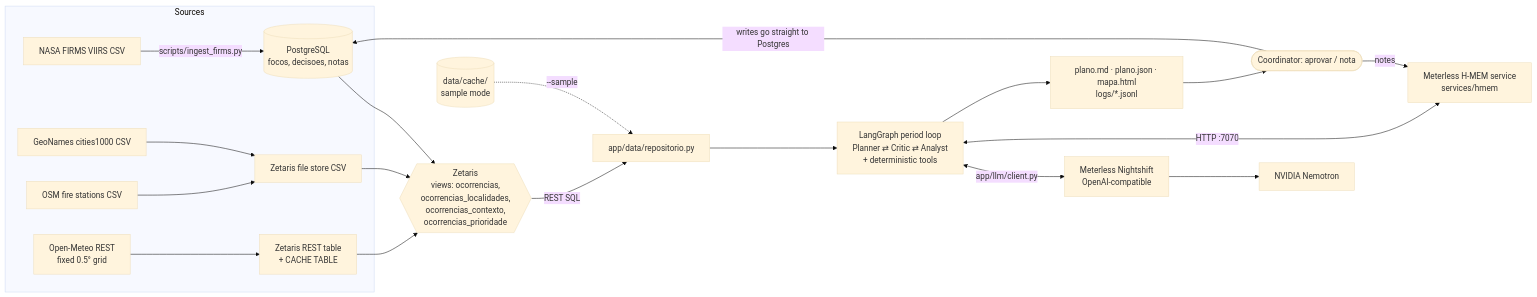
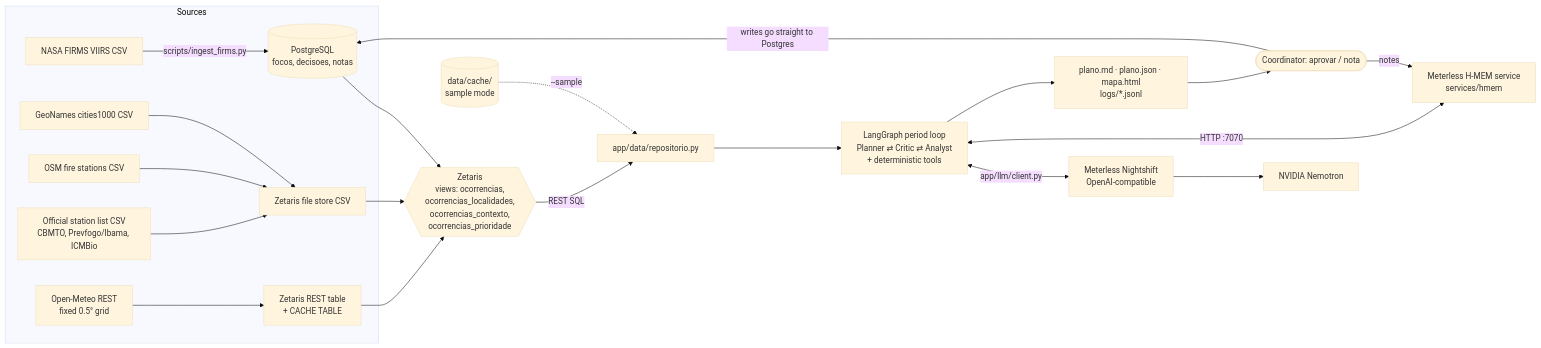
One commit to ufsm-ecomp-genai/fococerto changed the first of 2 diagrams in README.md. Above: the diagram before and after it, drawn with Mermaid (base theme). The commit also changed other lines of this file and 6 other files, not shown here.

````diff
--- a/README.md
+++ b/README.md
@@ -44,21 +45,22 @@
 ```mermaid
 flowchart LR
   subgraph Sources
     FIRMS[NASA FIRMS VIIRS CSV] -->|scripts/ingest_firms.py| PG[(PostgreSQL<br/>focos, decisoes, notas)]
     GEO[GeoNames cities1000 CSV] --> FS[Zetaris file store CSV]
     OSM[OSM fire stations CSV] --> FS
+    OFI[Official station list CSV<br/>CBMTO, Prevfogo/Ibama, ICMBio] --> FS
     OM[Open-Meteo REST<br/>fixed 0.5° grid] --> REST[Zetaris REST table<br/>+ CACHE TABLE]
   end
   PG --> Z{{Zetaris<br/>views: ocorrencias,<br/>ocorrencias_localidades,<br/>ocorrencias_contexto,<br/>ocorrencias_prioridade}}
   FS --> Z
   REST --> Z
   Z -->|REST SQL| REPO[app/data/repositorio.py]
   CACHE[(data/cache/<br/>sample mode)] -.->|--sample| REPO
   REPO --> GRAPH[LangGraph period loop<br/>Planner ⇄ Critic ⇄ Analyst<br/>+ deterministic tools]
   GRAPH <-->|app/llm/client.py| NS[Meterless Nightshift<br/>OpenAI-compatible] --> NV[NVIDIA Nemotron]
   GRAPH <-->|HTTP :7070| HMEM[Meterless H-MEM service<br/>services/hmem]
   GRAPH --> OUT[plano.md · plano.json · mapa.html<br/>logs/*.jsonl]
   OUT --> COORD([Coordinator: aprovar / nota])
   COORD -->|writes go straight to Postgres| PG
   COORD -->|notes| HMEM
 ```
````
